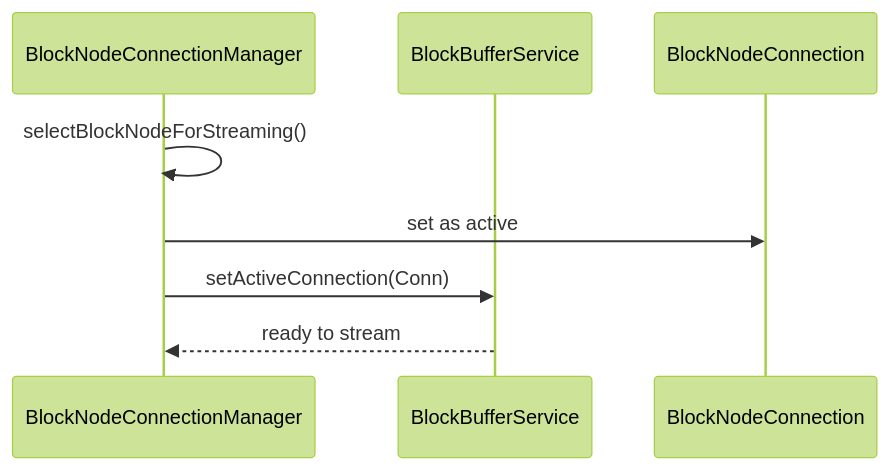
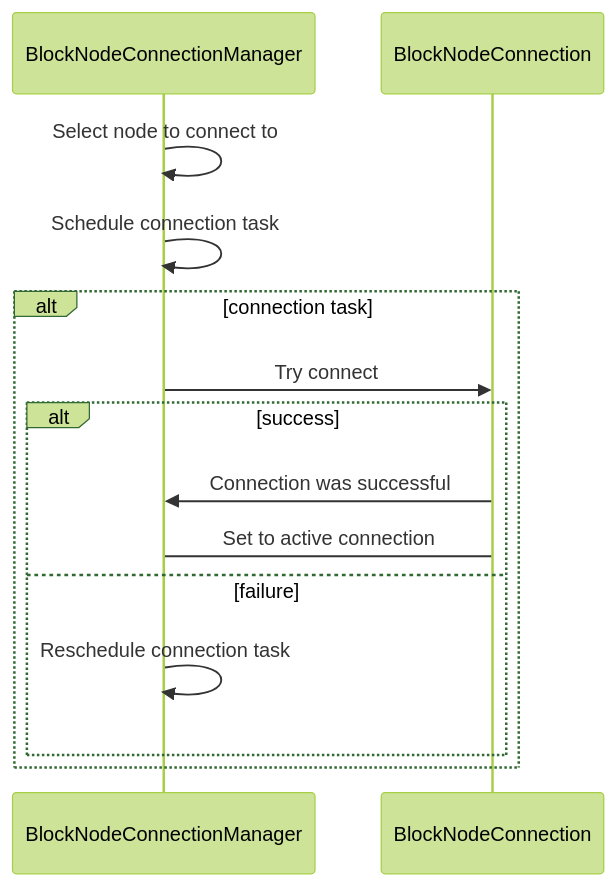
Before and after one commit to quiet-node/hiero-consensus-node: the first of 3 diagrams in hedera-node/docs/design/app/blocks/BlockNodeConnectionManager.md, drawn with Mermaid (forest theme). The commit also changed other lines of this file and 8 other files, not shown here.

````diff
--- a/hedera-node/docs/design/app/blocks/BlockNodeConnectionManager.md
+++ b/hedera-node/docs/design/app/blocks/BlockNodeConnectionManager.md
@@ -54,11 +55,19 @@
 ```mermaid
 sequenceDiagram
     participant Manager as BlockNodeConnectionManager
-    participant StreamMgr as BlockBufferService
     participant Conn as BlockNodeConnection
 
-    Manager->>Manager: selectBlockNodeForStreaming()
-    Manager->>Conn: set as active
-    Manager->>StreamMgr: setActiveConnection(Conn)
-    StreamMgr-->>Manager: ready to stream
+    Manager->>Manager: Select node to connect to
+    Manager->>Manager: Schedule connection task
+
+    alt connection task
+      Manager->>Conn: Try connect
+
+      alt success
+        Conn->>Manager: Connection was successful
+        Manager->Conn: Set to active connection
+      else failure
+        Manager->>Manager: Reschedule connection task
+      end
+    end
 ```
````
